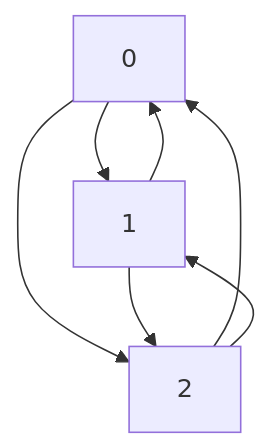
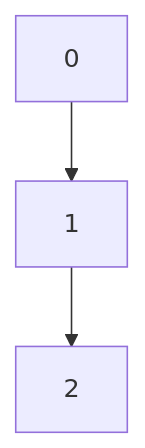
One commit to ShayGali/sp2_ex1 changed the diagram in tests_readme.md. Above: the diagram before and after it, drawn with Mermaid. The commit also changed other lines of this file and 20 other files, not shown here.

````diff
--- a/tests_readme.md
+++ b/tests_readme.md
@@ -8,9 +22,6 @@
 ```mermaid
 graph TD;
     A[0]-->B[1];
-    A[0]-->C[2];
-    B[1]-->A[0];
     B[1]-->C[2];
-    C[2]-->A[0];
-    C[2]-->B[1];
+    C[2]
 ```
````
